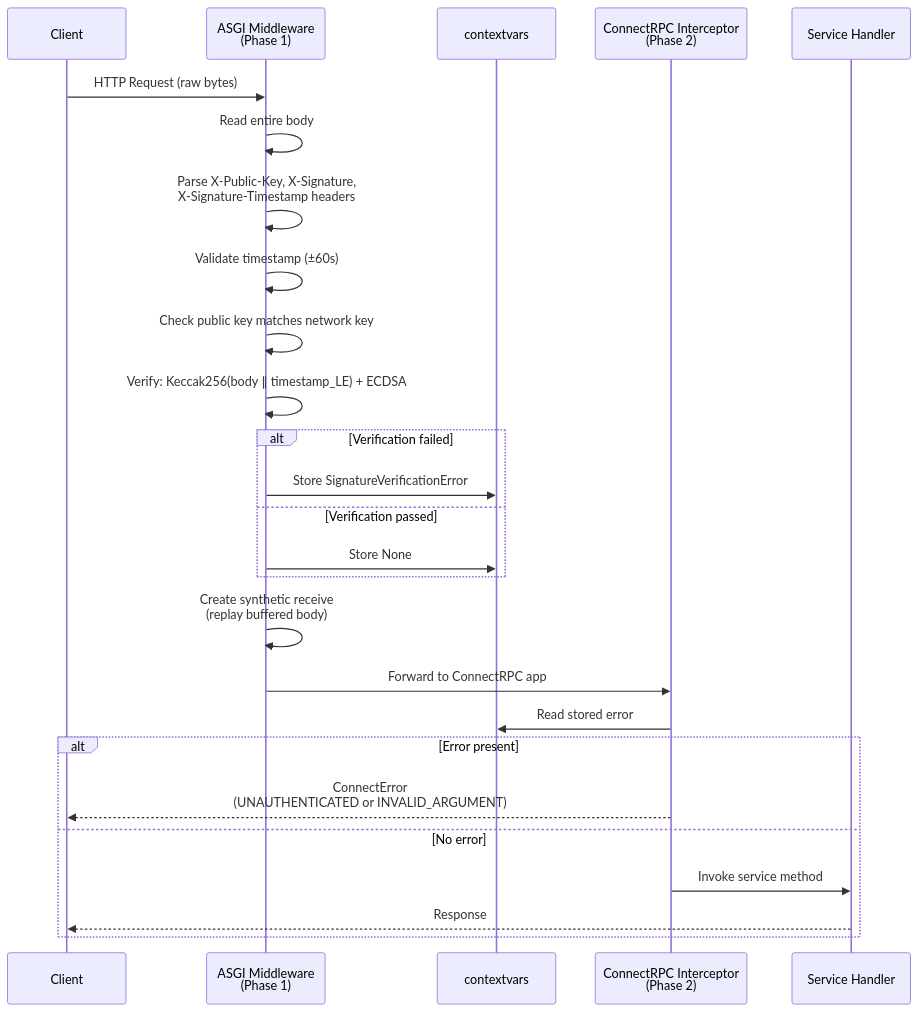
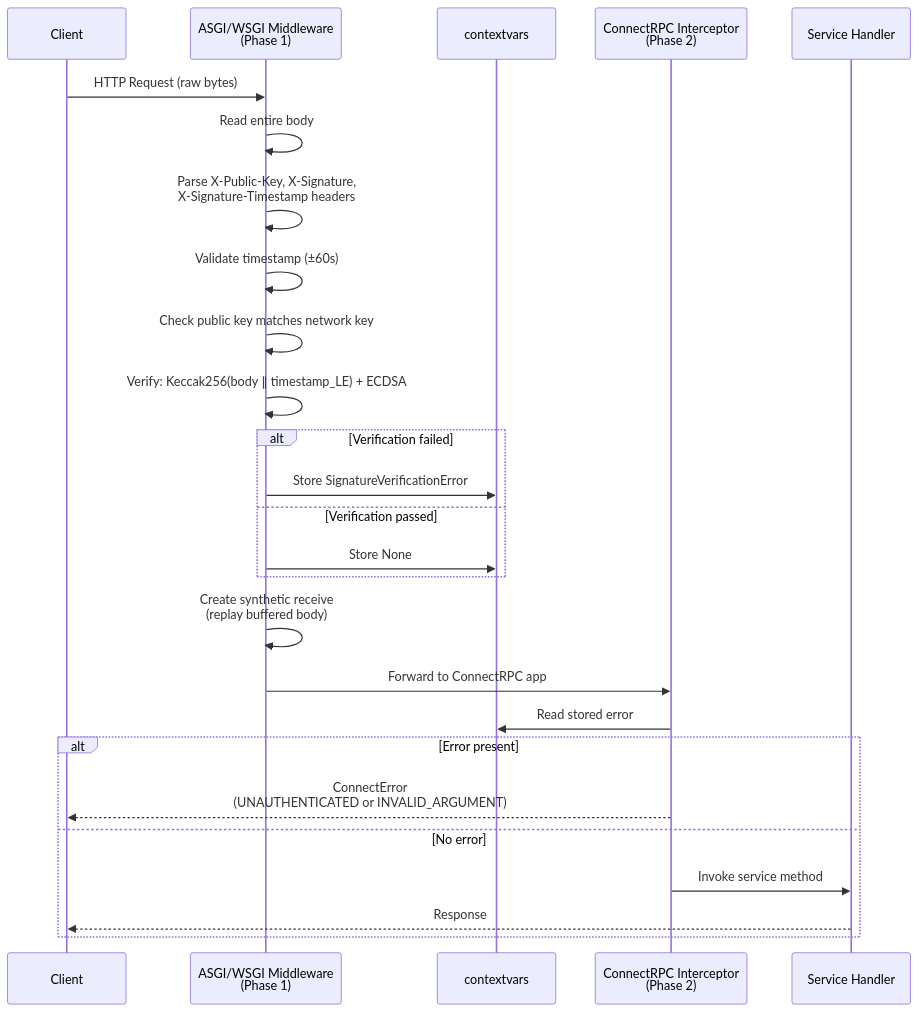
One commit to t-0-network/provider-python changed the sixth of 9 diagrams in docs/ARCHITECTURE.md. Above: the diagram before and after it, drawn with Mermaid. The commit also changed other lines of this file and 11 other files, not shown here.

First line of the commit message:
Add WSGI support: middleware, handler, sync starter template, and cross-tests

````diff
--- a/docs/ARCHITECTURE.md
+++ b/docs/ARCHITECTURE.md
@@ -352,33 +352,33 @@
 ```mermaid
 sequenceDiagram
     participant Client
-    participant MW as ASGI Middleware<br/>(Phase 1)
+    participant MW as ASGI/WSGI Middleware<br/>(Phase 1)
     participant CV as contextvars
     participant INT as ConnectRPC Interceptor<br/>(Phase 2)
     participant H as Service Handler
 
     Client->>MW: HTTP Request (raw bytes)
     MW->>MW: Read entire body
     MW->>MW: Parse X-Public-Key, X-Signature,<br/>X-Signature-Timestamp headers
     MW->>MW: Validate timestamp (±60s)
     MW->>MW: Check public key matches network key
     MW->>MW: Verify: Keccak256(body ∥ timestamp_LE) + ECDSA
 
     alt Verification failed
         MW->>CV: Store SignatureVerificationError
     else Verification passed
         MW->>CV: Store None
     end
 
     MW->>MW: Create synthetic receive<br/>(replay buffered body)
     MW->>INT: Forward to ConnectRPC app
 
     INT->>CV: Read stored error
 
     alt Error present
         INT-->>Client: ConnectError<br/>(UNAUTHENTICATED or INVALID_ARGUMENT)
     else No error
         INT->>H: Invoke service method
         H-->>Client: Response
     end
 ```
````
